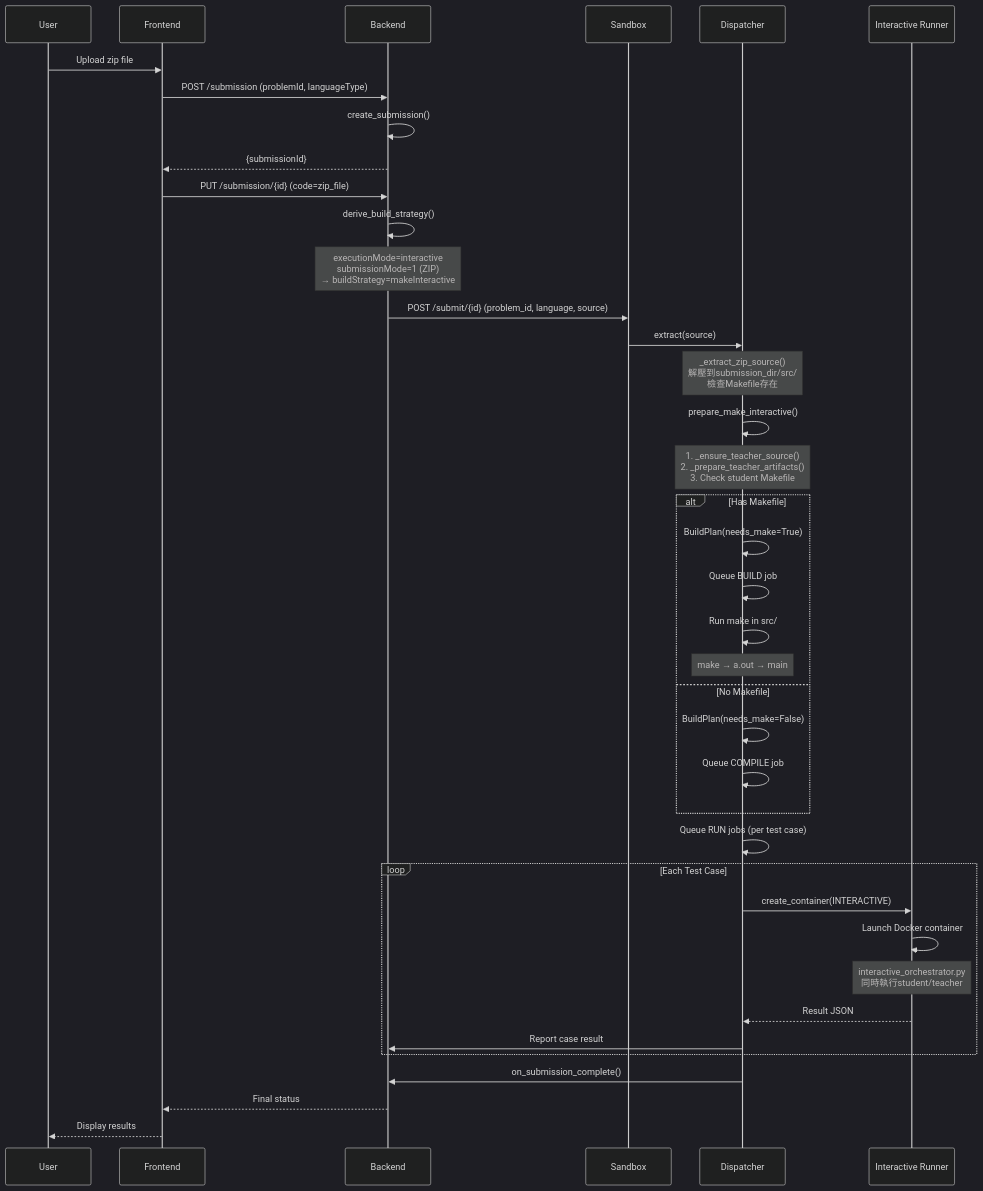
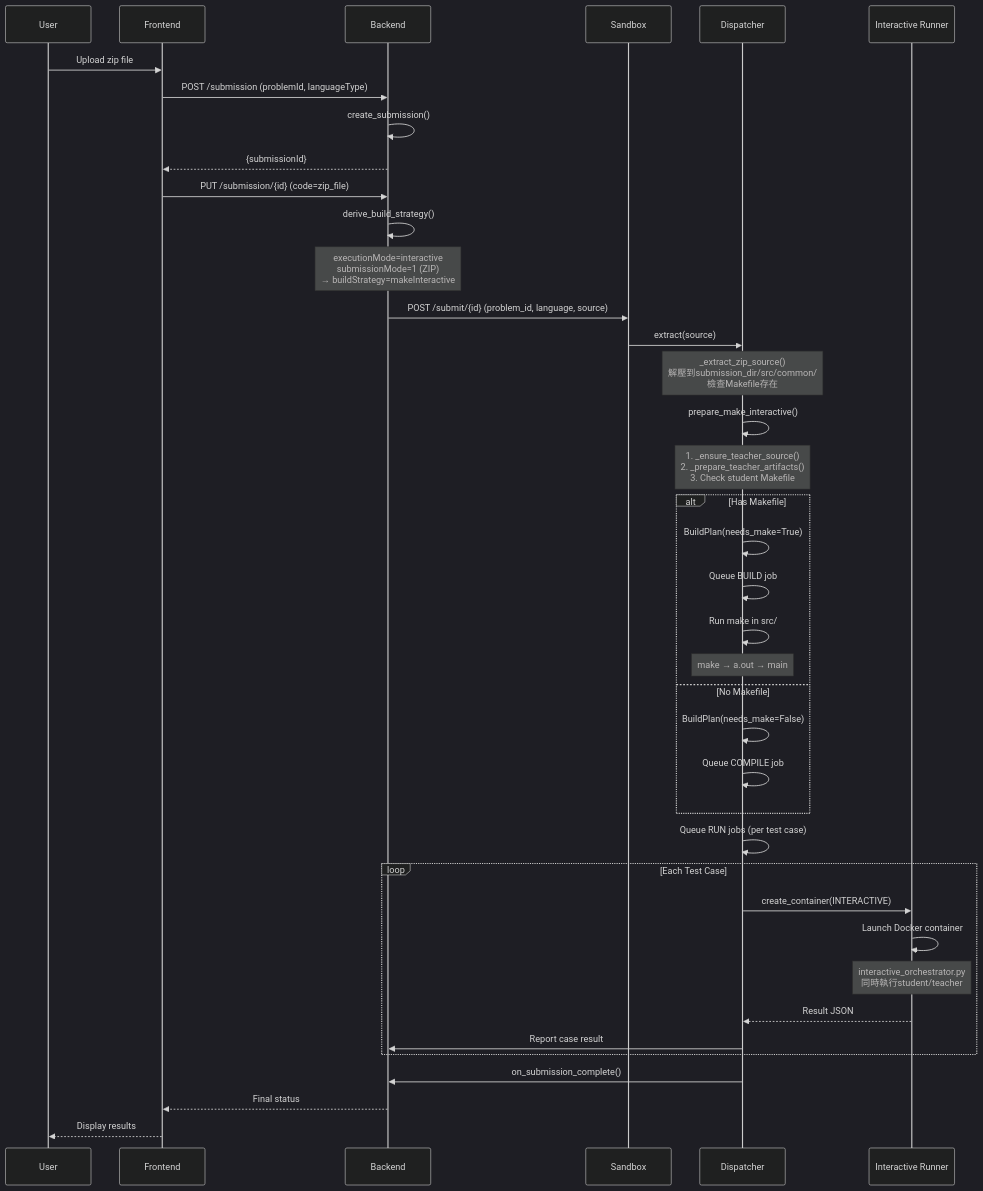
Before and after one commit to 2025-NTNU-Software-Engineering-Team-1/Normal-OJ-2025Team1: the second of 4 diagrams in Docs and Ref/Architecture/InteractiveMode.md, drawn with Mermaid (dark theme). The commit also changed other lines of this file and 29 other files, not shown here.

````diff
--- a/Docs and Ref/Architecture/InteractiveMode.md
+++ b/Docs and Ref/Architecture/InteractiveMode.md
@@ -392,50 +392,50 @@
 ```mermaid
 sequenceDiagram
     participant U as User
     participant F as Frontend
     participant B as Backend
     participant S as Sandbox
     participant D as Dispatcher
     participant R as Interactive Runner
 
     U->>F: Upload zip file
     F->>B: POST /submission (problemId, languageType)
     B->>B: create_submission()
     B-->>F: {submissionId}
     
     F->>B: PUT /submission/{id} (code=zip_file)
     B->>B: derive_build_strategy()
     Note over B: executionMode=interactive<br/>submissionMode=1 (ZIP)<br/>→ buildStrategy=makeInteractive
     
     B->>S: POST /submit/{id} (problem_id, language, source)
     
     S->>D: extract(source)
-    Note over D: _extract_zip_source()<br/>解壓到submission_dir/src/<br/>檢查Makefile存在
+    Note over D: _extract_zip_source()<br/>解壓到submission_dir/src/common/<br/>檢查Makefile存在
     
     D->>D: prepare_make_interactive()
     Note over D: 1. _ensure_teacher_source()<br/>2. _prepare_teacher_artifacts()<br/>3. Check student Makefile
     
     alt Has Makefile
         D->>D: BuildPlan(needs_make=True)
         D->>D: Queue BUILD job
         D->>D: Run make in src/
         Note over D: make → a.out → main
     else No Makefile
         D->>D: BuildPlan(needs_make=False)
         D->>D: Queue COMPILE job
     end
     
     D->>D: Queue RUN jobs (per test case)
     
     loop Each Test Case
         D->>R: create_container(INTERACTIVE)
         R->>R: Launch Docker container
         Note over R: interactive_orchestrator.py<br/>同時執行student/teacher
         R-->>D: Result JSON
         D->>B: Report case result
     end
     
     D->>B: on_submission_complete()
     B-->>F: Final status
     F-->>U: Display results
 ```
````
